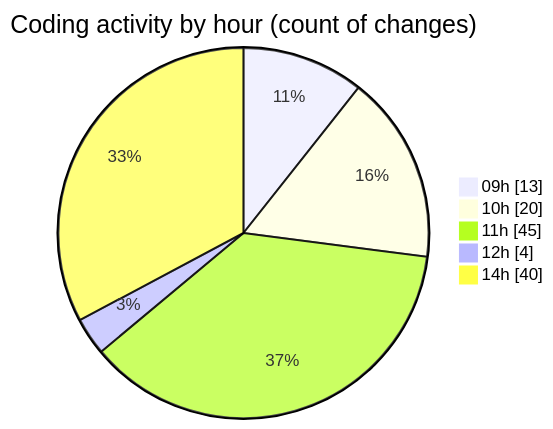
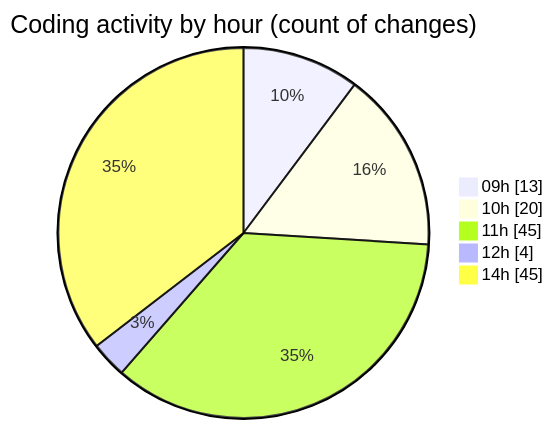
One commit to momahboobian/code-tracking changed the second of 2 diagrams in 2026-04-29/cda/README.md. Above: the diagram before and after it, drawn with Mermaid. The commit also changed other lines of this file and 1 other file, not shown here.

````diff
--- a/2026-04-29/cda/README.md
+++ b/2026-04-29/cda/README.md
@@ -64,9 +64,9 @@
 ```mermaid
 pie showData
 title Coding activity by hour (count of changes)
 "09h" : 13
 "10h" : 20
 "11h" : 45
 "12h" : 4
-"14h" : 40
+"14h" : 45
 ```
````
